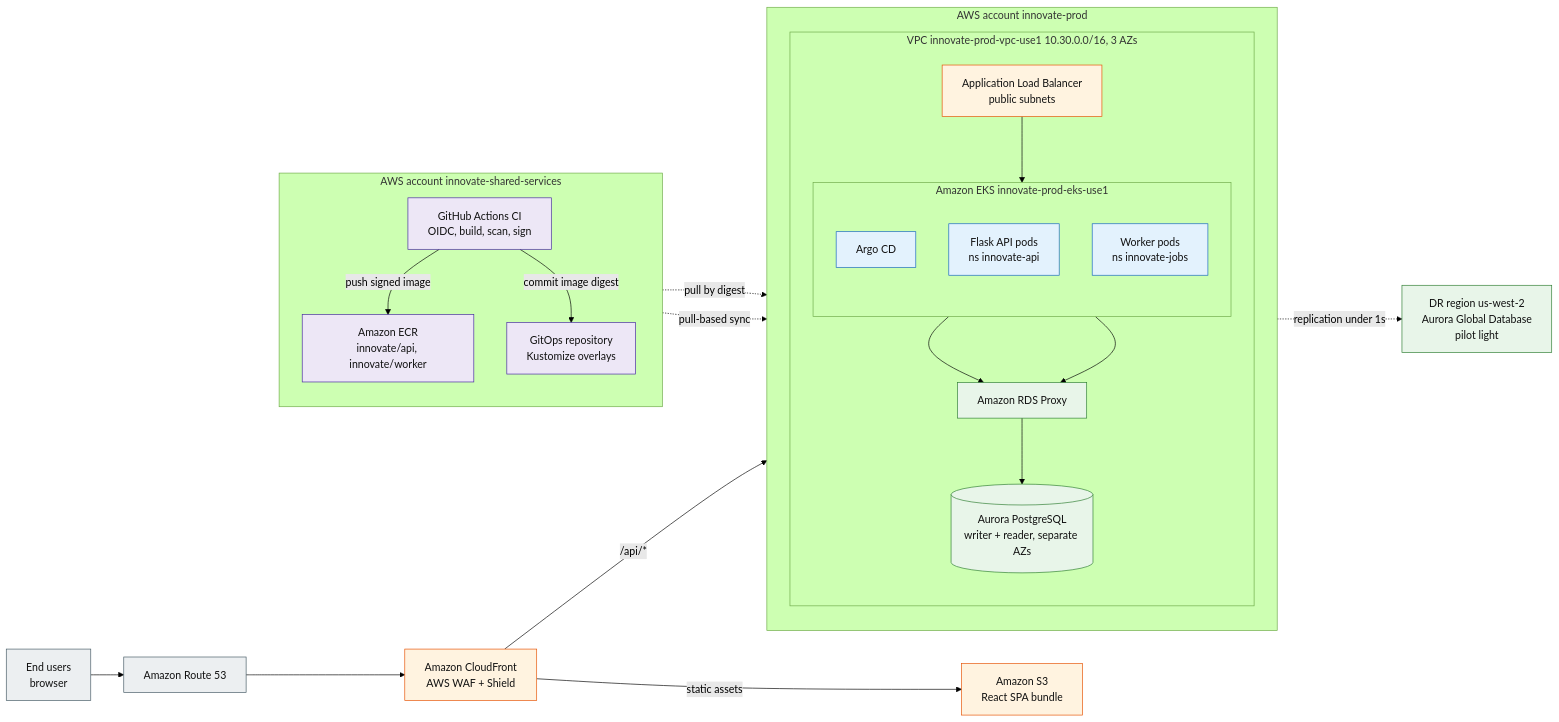
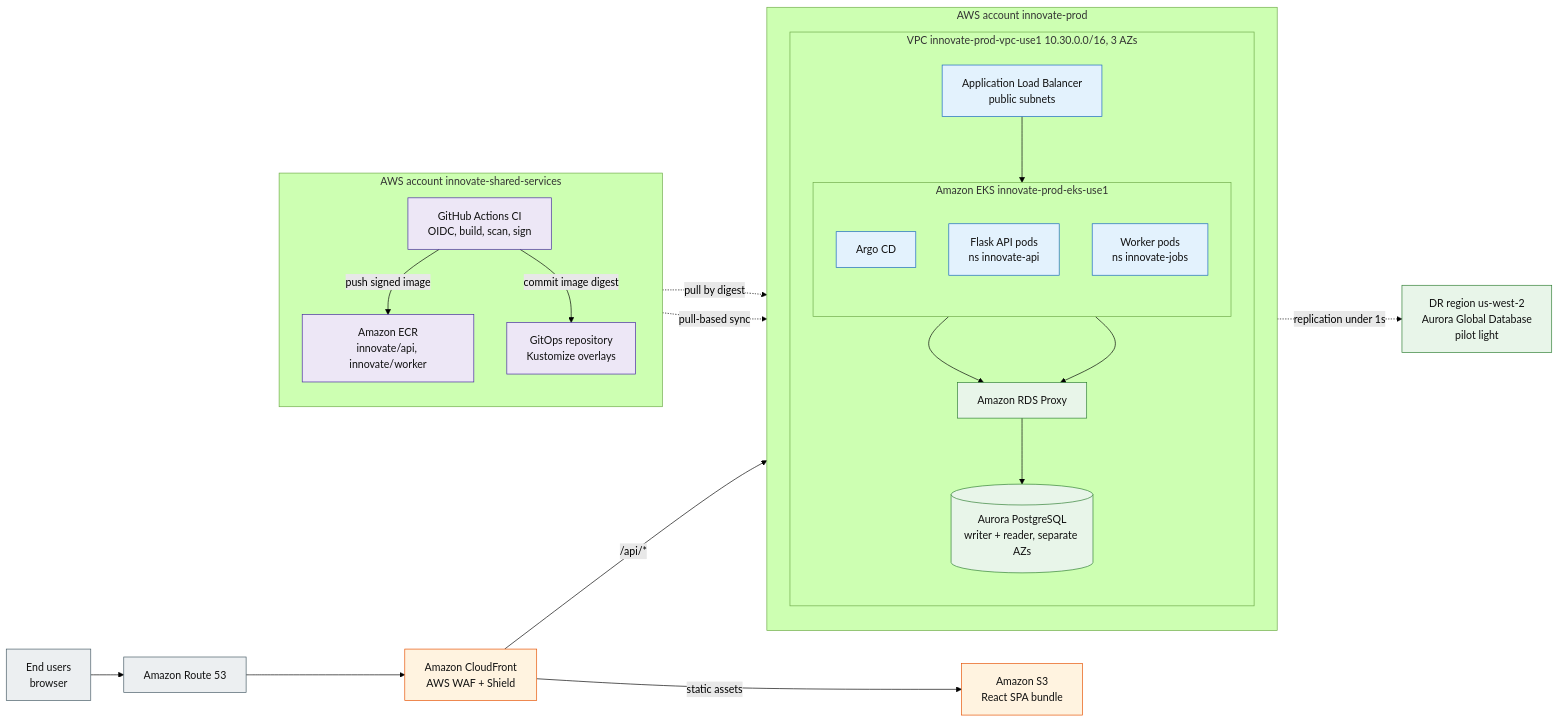
One commit to artinesrailian/dso-projects changed the first of 4 diagrams in architecture/README.md. Above: the diagram before and after it, drawn with Mermaid (forest theme). The commit also changed other lines of this file and 8 other files, not shown here.

First line of the commit message:
architecture: phase 13 — QA, consistency audit & final polish

````diff
--- a/architecture/README.md
+++ b/architecture/README.md
@@ -51,57 +53,57 @@
 ```mermaid
 flowchart LR
   user["End users<br/>browser"]
   dns["Amazon Route 53"]
   cf["Amazon CloudFront<br/>AWS WAF + Shield"]
   spa["Amazon S3<br/>React SPA bundle"]
 
   subgraph shared["AWS account innovate-shared-services"]
     direction TB
     ci["GitHub Actions CI<br/>OIDC, build, scan, sign"]
     ecr["Amazon ECR<br/>innovate/api, innovate/worker"]
     gitops["GitOps repository<br/>Kustomize overlays"]
   end
 
   subgraph prod["AWS account innovate-prod"]
     direction TB
     subgraph vpc["VPC innovate-prod-vpc-use1 10.30.0.0/16, 3 AZs"]
       direction TB
       alb["Application Load Balancer<br/>public subnets"]
       subgraph eks["Amazon EKS innovate-prod-eks-use1"]
         direction TB
         argocd["Argo CD"]
         api["Flask API pods<br/>ns innovate-api"]
         worker["Worker pods<br/>ns innovate-jobs"]
       end
       proxy["Amazon RDS Proxy"]
       db[("Aurora PostgreSQL<br/>writer + reader, separate AZs")]
     end
   end
 
   dr["DR region us-west-2<br/>Aurora Global Database<br/>pilot light"]
 
   user --> dns
   dns --> cf
   cf -->|"static assets"| spa
   cf -->|"/api/*"| alb
   alb --> api
   api --> proxy
   worker --> proxy
   proxy --> db
   db -.->|"replication under 1s"| dr
   ci -->|"push signed image"| ecr
   ci -->|"commit image digest"| gitops
   gitops -.->|"pull-based sync"| argocd
   ecr -.->|"pull by digest"| api
 
   classDef edge fill:#FFF3E0,stroke:#E65100,stroke-width:1px,color:#111
   classDef compute fill:#E3F2FD,stroke:#1565C0,stroke-width:1px,color:#111
   classDef data fill:#E8F5E9,stroke:#2E7D32,stroke-width:1px,color:#111
   classDef ops fill:#EDE7F6,stroke:#4527A0,stroke-width:1px,color:#111
   classDef external fill:#ECEFF1,stroke:#455A64,stroke-width:1px,color:#111
   class user,dns external
-  class cf,spa,alb edge
-  class api,worker,argocd compute
+  class cf,spa edge
+  class alb,api,worker,argocd compute
   class proxy,db,dr data
   class ci,ecr,gitops ops
 ```
````
